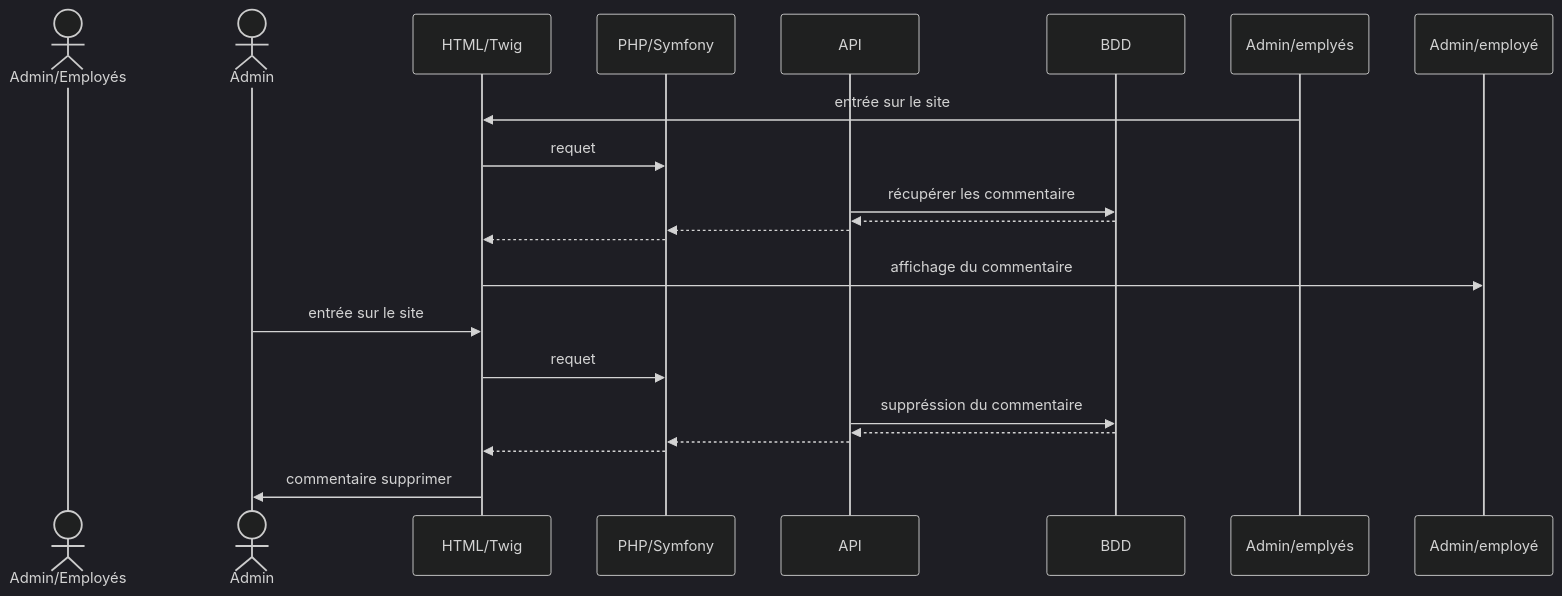
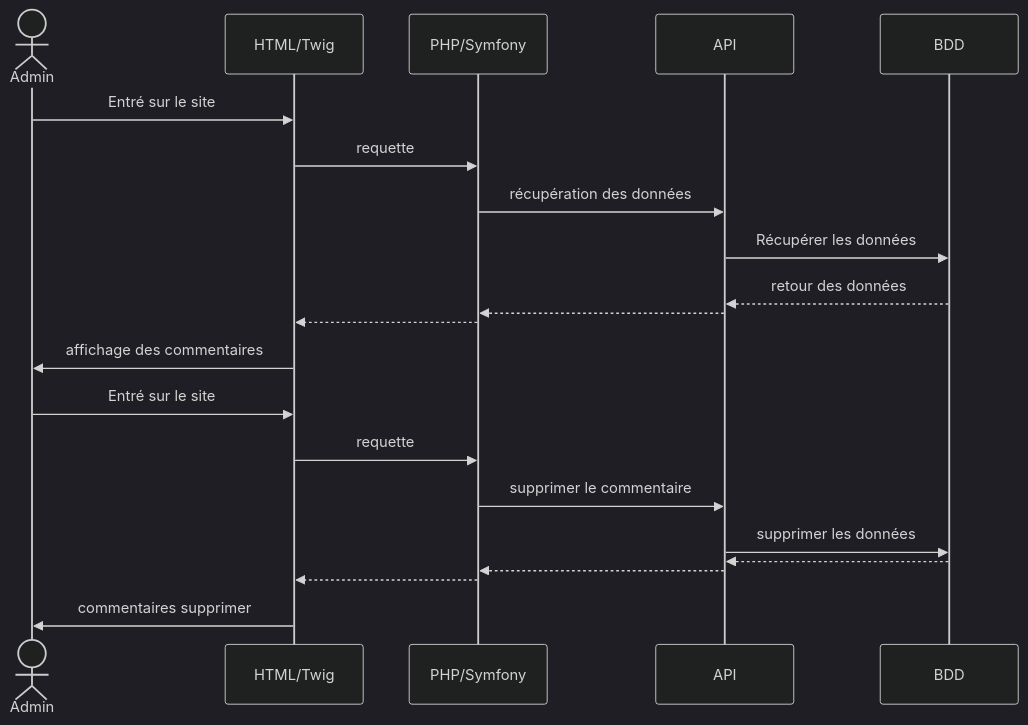
Before and after one commit to pickypou/garage-back: the diagram in docs/sequencecommentaires.md, drawn with Mermaid (dark theme). The commit also changed 10 other files, not shown here.

Commit message:
sequencecommentaires.md

````diff
--- a/docs/sequencecommentaires.md
+++ b/docs/sequencecommentaires.md
@@ -5,24 +5,27 @@
 ``` mermaid
 sequenceDiagram
-    actor Admin/Employés
     actor Admin
     participant HTML/Twig
     participant PHP/Symfony
     participant API
     participant BDD
-Admin/emplyés ->> HTML/Twig: entrée sur le site
-HTML/Twig ->> PHP/Symfony: requet
-API ->> BDD: récupérer les commentaire
-BDD -->> API: 
-API -->> PHP/Symfony: 
-PHP/Symfony -->>HTML/Twig:
-HTML/Twig ->> Admin/employé: affichage du commentaire
-Admin ->> HTML/Twig: entrée sur le site
-HTML/Twig ->> PHP/Symfony: requet
-API ->> BDD: suppréssion du commentaire
-BDD -->> API: 
-API -->> PHP/Symfony: 
-PHP/Symfony -->>HTML/Twig:
-HTML/Twig ->> Admin: commentaire supprimer
+
+    Admin ->> HTML/Twig: Entré sur le site
+    HTML/Twig ->> PHP/Symfony: requette
+    PHP/Symfony ->> API: récupération des données
+    API ->> BDD: Récupérer les données
+    BDD -->> API: retour des données
+    API -->> PHP/Symfony:  
+    PHP/Symfony -->> HTML/Twig: 
+    HTML/Twig ->> Admin: affichage des commentaires
+
+     Admin ->> HTML/Twig: Entré sur le site
+    HTML/Twig ->> PHP/Symfony: requette
+    PHP/Symfony ->> API: supprimer le commentaire
+    API ->> BDD: supprimer les données
+    BDD -->> API: 
+    API -->> PHP/Symfony:  
+    PHP/Symfony -->> HTML/Twig: 
+    HTML/Twig ->> Admin: commentaires supprimer
 
 ```
````
